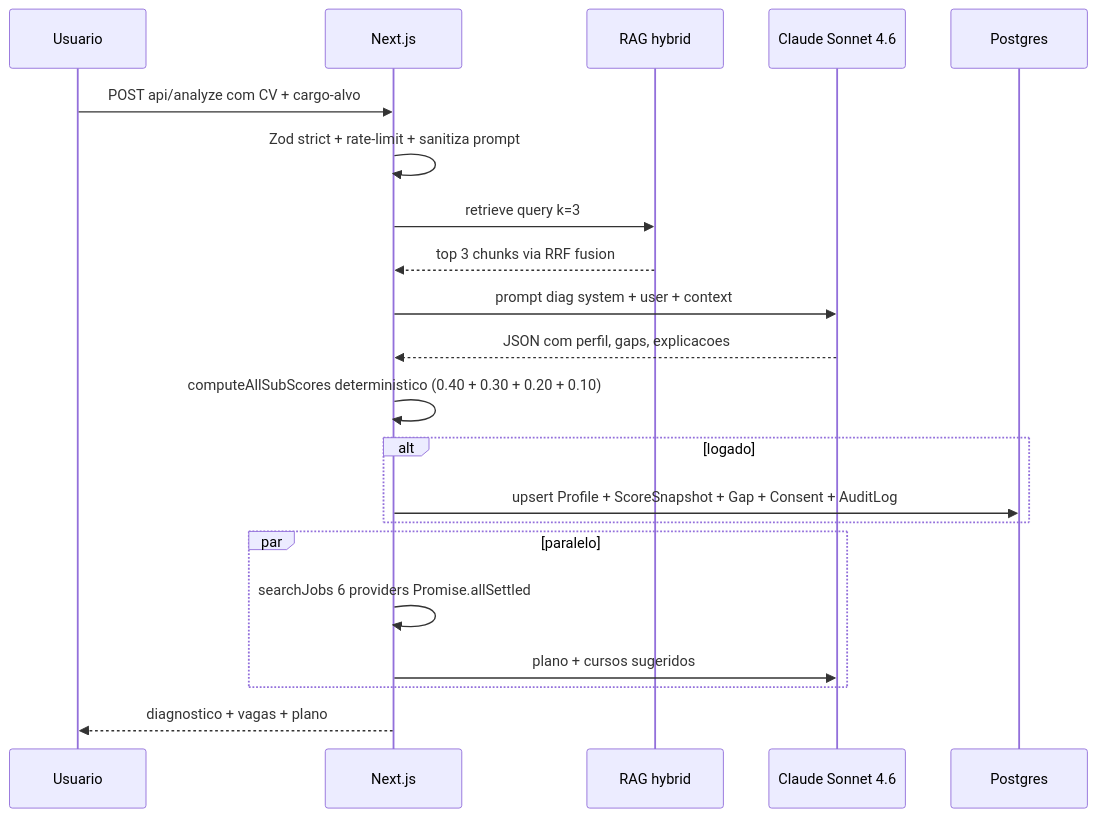
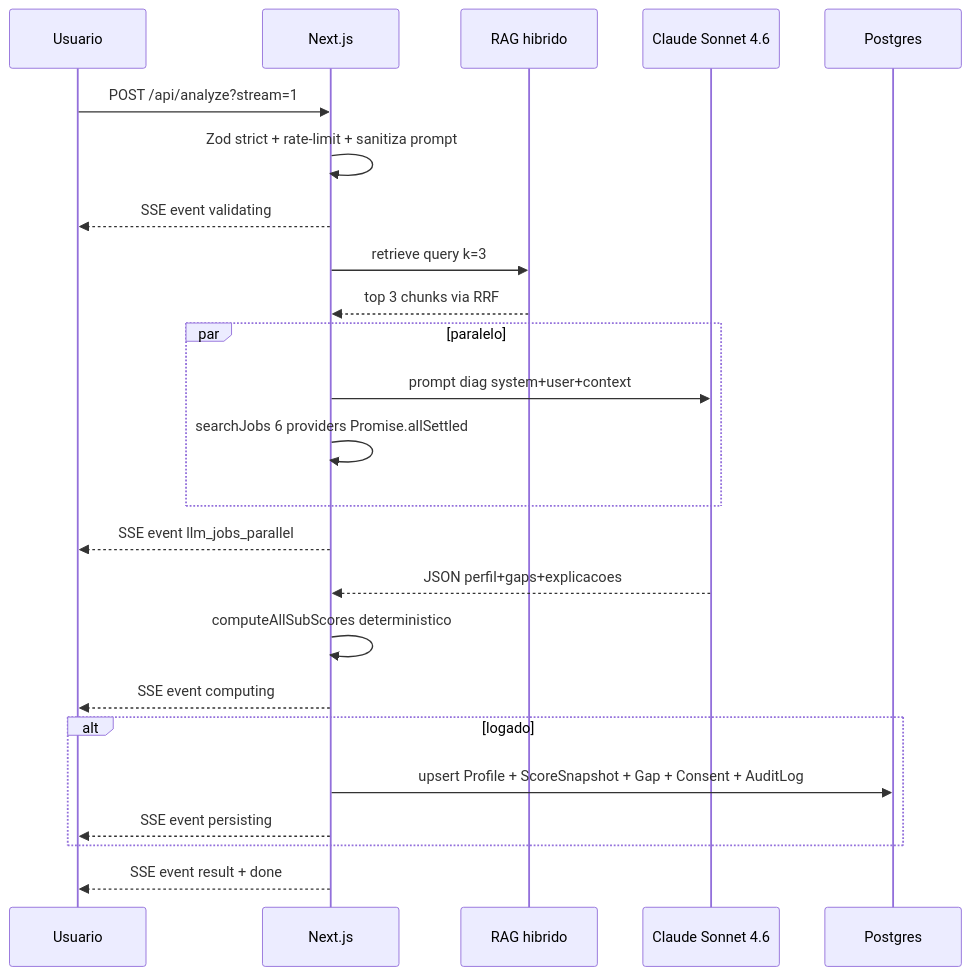
The second of 6 diagrams in README.md (akamitatrush/CareerTwinAI), drawn with Mermaid before and after one commit. The commit also changed other lines of this file and 7 other files, not shown here.

````diff
--- a/README.md
+++ b/README.md
@@ -98,24 +164,27 @@
 ```mermaid
 sequenceDiagram
     participant U as Usuario
     participant N as Next.js
-    participant RAG as RAG hybrid
+    participant RAG as RAG hibrido
     participant LLM as Claude Sonnet 4.6
     participant DB as Postgres
 
-    U->>N: POST api/analyze com CV + cargo-alvo
+    U->>N: POST /api/analyze?stream=1
     N->>N: Zod strict + rate-limit + sanitiza prompt
+    N-->>U: SSE event validating
     N->>RAG: retrieve query k=3
-    RAG-->>N: top 3 chunks via RRF fusion
-    N->>LLM: prompt diag system + user + context
-    LLM-->>N: JSON com perfil, gaps, explicacoes
-    N->>N: computeAllSubScores deterministico (0.40 + 0.30 + 0.20 + 0.10)
+    RAG-->>N: top 3 chunks via RRF
+    par paralelo
+      N->>LLM: prompt diag system+user+context
+      N->>N: searchJobs 6 providers Promise.allSettled
+    end
+    N-->>U: SSE event llm_jobs_parallel
+    LLM-->>N: JSON perfil+gaps+explicacoes
+    N->>N: computeAllSubScores deterministico
+    N-->>U: SSE event computing
     alt logado
       N->>DB: upsert Profile + ScoreSnapshot + Gap + Consent + AuditLog
+      N-->>U: SSE event persisting
     end
-    par paralelo
-      N->>N: searchJobs 6 providers Promise.allSettled
-      N->>LLM: plano + cursos sugeridos
-    end
-    N-->>U: diagnostico + vagas + plano
+    N-->>U: SSE event result + done
 ```
````
